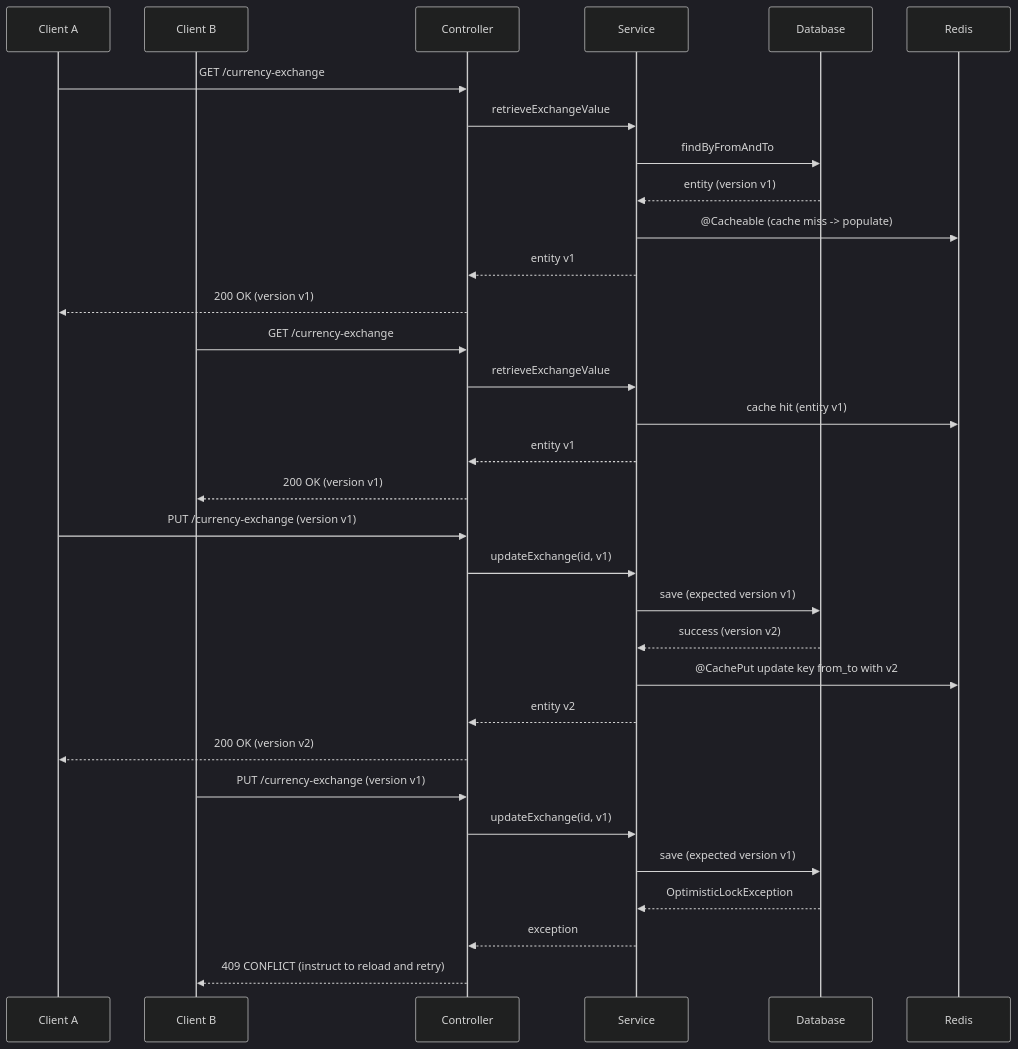
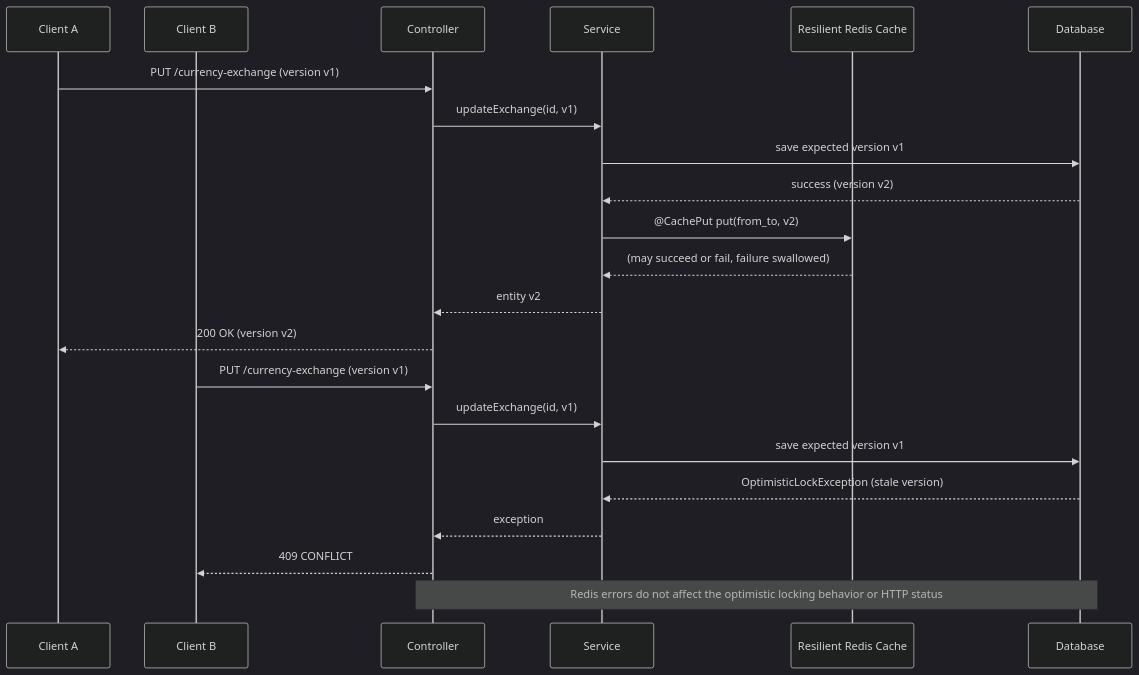
Before and after one commit to vishalshingate/currency-exchange-service: the third of 3 diagrams in Readme.md, drawn with Mermaid (dark theme). The commit also changed other lines of this file and 5 other files, not shown here.

````diff
--- a/Readme.md
+++ b/Readme.md
@@ -104,38 +128,26 @@
 ```mermaid
 sequenceDiagram
     participant A as Client A
     participant B as Client B
     participant Ctrl as Controller
     participant S as Service
+    participant Cache as Resilient Redis Cache
     participant DB as Database
-    participant Cache as Redis
-
-    A->>Ctrl: GET /currency-exchange
-    Ctrl->>S: retrieveExchangeValue
-    S->>DB: findByFromAndTo
-    DB-->>S: entity (version v1)
-    S->>Cache: @Cacheable (cache miss -> populate)
-    S-->>Ctrl: entity v1
-    Ctrl-->>A: 200 OK (version v1)
-
-    B->>Ctrl: GET /currency-exchange
-    Ctrl->>S: retrieveExchangeValue
-    S->>Cache: cache hit (entity v1)
-    S-->>Ctrl: entity v1
-    Ctrl-->>B: 200 OK (version v1)
 
     A->>Ctrl: PUT /currency-exchange (version v1)
     Ctrl->>S: updateExchange(id, v1)
-    S->>DB: save (expected version v1)
+    S->>DB: save expected version v1
     DB-->>S: success (version v2)
-    S->>Cache: @CachePut update key from_to with v2
+    S->>Cache: @CachePut put(from_to, v2)
+    Cache-->>S: (may succeed or fail, failure swallowed)
     S-->>Ctrl: entity v2
     Ctrl-->>A: 200 OK (version v2)
 
     B->>Ctrl: PUT /currency-exchange (version v1)
     Ctrl->>S: updateExchange(id, v1)
-    S->>DB: save (expected version v1)
-    DB-->>S: OptimisticLockException
+    S->>DB: save expected version v1
+    DB-->>S: OptimisticLockException (stale version)
     S-->>Ctrl: exception
-    Ctrl-->>B: 409 CONFLICT (instruct to reload and retry)
+    Ctrl-->>B: 409 CONFLICT
+    note over Ctrl,DB: Redis errors do not affect the optimistic locking behavior or HTTP status
 ```
````
